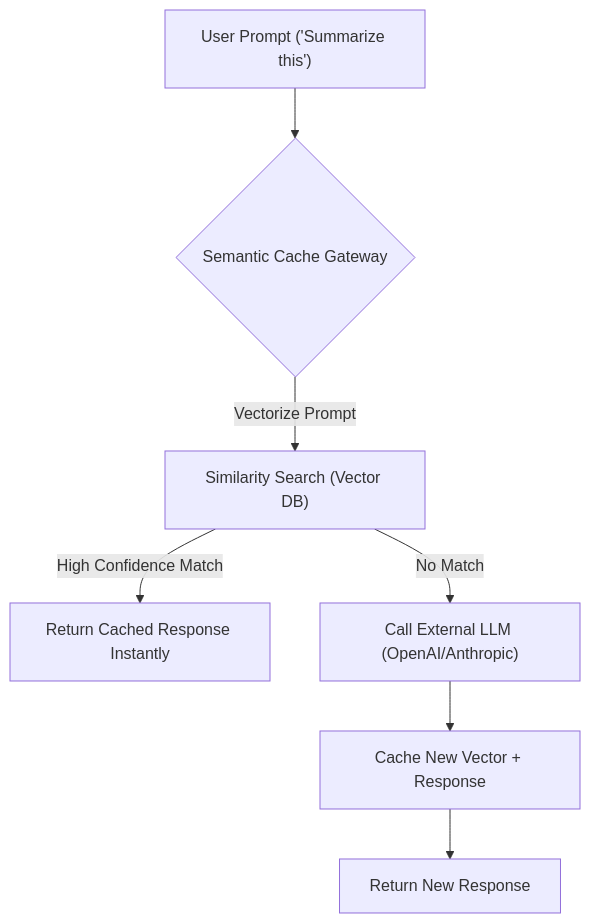
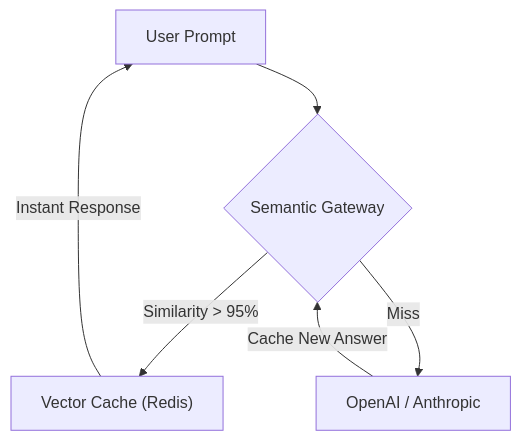
Before and after one commit to flouzzy/top-100-ai-startup-ideas: the first of 2 diagrams in ideas/semantic-cache-gateway/README.md, drawn with Mermaid. The commit also changed other lines of this file and 41 other files, not shown here.

````diff
--- a/ideas/semantic-cache-gateway/README.md
+++ b/ideas/semantic-cache-gateway/README.md
@@ -17,9 +17,9 @@
 ```mermaid
 graph TD
-    A["User Prompt ('Summarize this')"] --> B{"Semantic Cache Gateway"}
-    B -->|Vectorize Prompt| C["Similarity Search (Vector DB)"]
-    C -->|High Confidence Match| D["Return Cached Response Instantly"]
-    C -->|No Match| E["Call External LLM (OpenAI/Anthropic)"]
-    E --> F["Cache New Vector + Response"]
-    F --> G["Return New Response"]
+    %% Architecture
+    A["User Prompt"] --> B{"Semantic Gateway"}
+    B -->|Similarity > 95%| C["Vector Cache (Redis)"]
+    C -->|Instant Response| A
+    B -->|Miss| D["OpenAI / Anthropic"]
+    D -->|Cache New Answer| B
 ```
````
